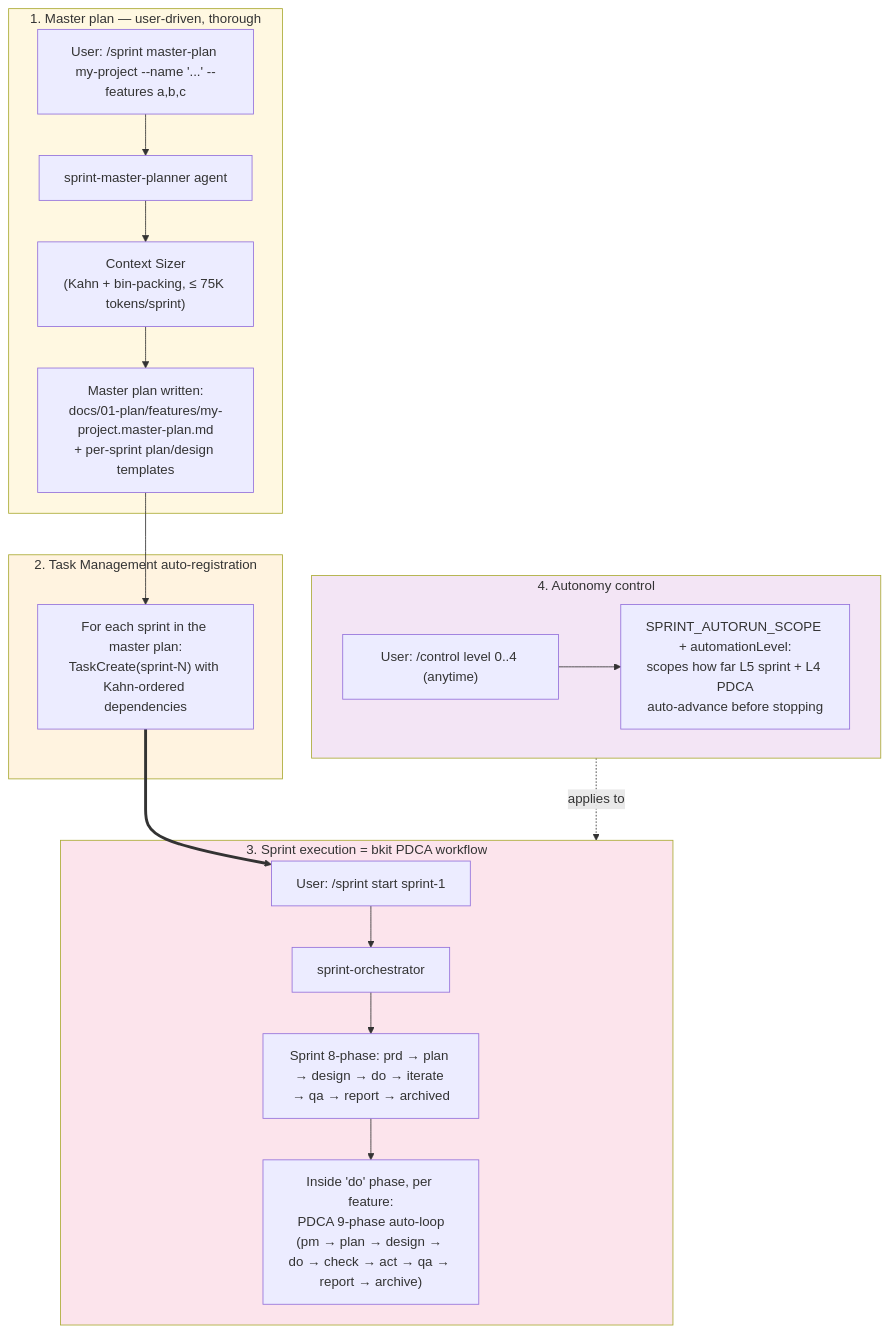
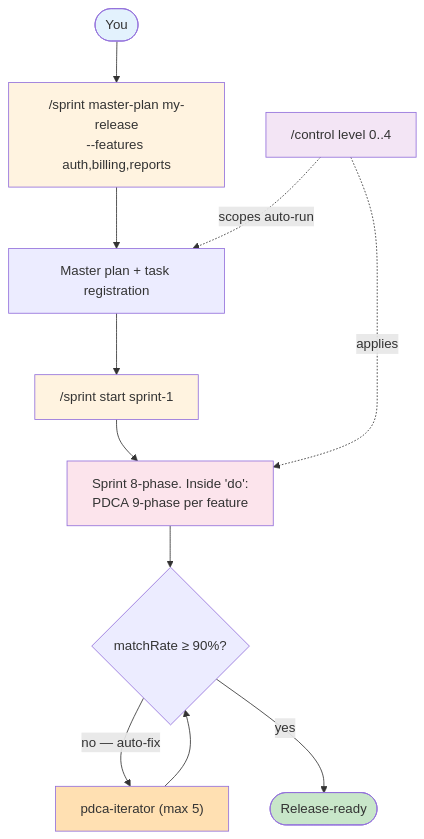
One commit to Stars1233/bkit-claude-code changed the first of 10 diagrams in README-FULL.md. Above: the diagram before and after it, drawn with Mermaid. The commit also changed other lines of this file and 1 other file, not shown here.

````diff
--- a/README-FULL.md
+++ b/README-FULL.md
@@ -134,29 +62,22 @@
 ```mermaid
 flowchart TB
-    subgraph Step1["1. Master plan — user-driven, thorough"]
-        U1["User: /sprint master-plan my-project --name '...' --features a,b,c"]
-        --> SMP["sprint-master-planner agent"]
-        --> CS["Context Sizer<br/>(Kahn + bin-packing, &le; 75K tokens/sprint)"]
-        --> Plan["Master plan written:<br/>docs/01-plan/features/my-project.master-plan.md<br/>+ per-sprint plan/design templates"]
-    end
-    subgraph Step2["2. Task Management auto-registration"]
-        Plan --> Tasks["For each sprint in the master plan:<br/>TaskCreate(sprint-N) with Kahn-ordered dependencies"]
-    end
-    subgraph Step3["3. Sprint execution = bkit PDCA workflow"]
-        U2["User: /sprint start sprint-1"]
-        --> SO["sprint-orchestrator"]
-        --> SL["Sprint 8-phase: prd → plan → design → do → iterate → qa → report → archived"]
-        SL --> PerFeat["Inside 'do' phase, per feature:<br/>PDCA 9-phase auto-loop<br/>(pm → plan → design → do → check → act → qa → report → archive)"]
-    end
-    subgraph Step4["4. Autonomy control"]
-        U3["User: /control level 0..4 (anytime)"]
-        --> Scope["SPRINT_AUTORUN_SCOPE + automationLevel:<br/>scopes how far L5 sprint + L4 PDCA<br/>auto-advance before stopping"]
-    end
-    Tasks ==> U2
-    Step4 -.->|"applies to"| Step3
+    You(["You"])
+    You --> SM["/sprint master-plan my-release<br/>--features auth,billing,reports"]
+    SM --> Auto1["Master plan + task registration"]
+    Auto1 --> SS["/sprint start sprint-1"]
+    SS --> Auto2["Sprint 8-phase. Inside 'do':<br/>PDCA 9-phase per feature"]
+    Auto2 --> Gate{"matchRate &ge; 90%?"}
+    Gate -- "no — auto-fix" --> Iter["pdca-iterator (max 5)"]
+    Iter --> Gate
+    Gate -- "yes" --> Done(["Release-ready"])
+    Ctrl["/control level 0..4"] -.->|"scopes auto-run"| Auto1
+    Ctrl -.->|"applies"| Auto2
 
-    style Step1 fill:#fff8e1
-    style Step2 fill:#fff3e0
-    style Step3 fill:#fce4ec
-    style Step4 fill:#f3e5f5
+    style You fill:#e3f2fd
+    style SM fill:#fff3e0
+    style SS fill:#fff3e0
+    style Auto2 fill:#fce4ec
+    style Iter fill:#ffe0b2
+    style Done fill:#c8e6c9
+    style Ctrl fill:#f3e5f5
 ```
````
